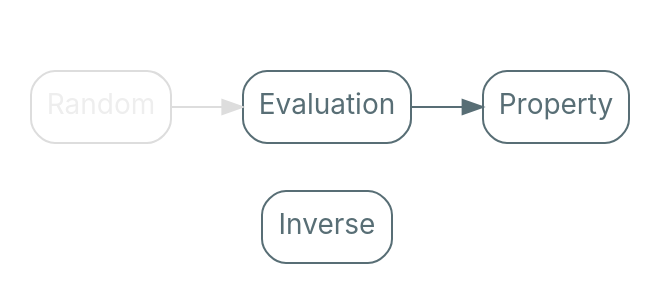
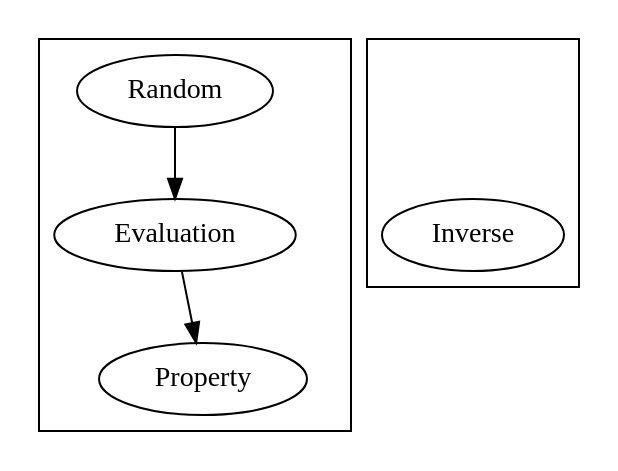
The diagram in src/graphviz/invertibility_evaluation.dot (nrinaudo/much-ado-about-testing), drawn with Graphviz before and after one commit. The commit also changed 98 other files, not shown here.

Commit message:
Use graphviz stylesheets

```diff
--- a/src/graphviz/invertibility_evaluation.dot
+++ b/src/graphviz/invertibility_evaluation.dot
@@ -1,30 +1,21 @@
 digraph {
-    bgcolor=transparent
-    rankdir=LR
-
-    // Default theme: enabled
-    node[shape="rectangle" style="rounded,filled" color="#586E75" fillcolor="#ffffff" fontcolor="#586E75" fontname="Inter,Arial"]
-    edge[color="#586E75" fontcolor="#000000" fontname="Inter,Arial" fontsize=11]
-
     subgraph cluster_0 {
-        color=transparent
-        Input[label="Random" color="#dddddd" fontcolor="#eeeeee"]
+        Input[label="Random" class="disabled"]
         Evaluation
         Analysis[label="Property"]
     }
 
     subgraph cluster_1 {
-        color=transparent
         Invis[style=invis]
         Inverse
     }
 
     Input -> Invis[constraint=false style=invis]
     Invis -> Inverse[style=invis]
 
-    Input -> Evaluation[color="#dddddd"]
+    Input -> Evaluation[class="disabled"]
     Evaluation -> Analysis
     Evaluation -> Inverse[constraint=false style=invis]
     Inverse -> Analysis[style=invis]
     Input -> Analysis[constraint=false style=invis]
 }
```
